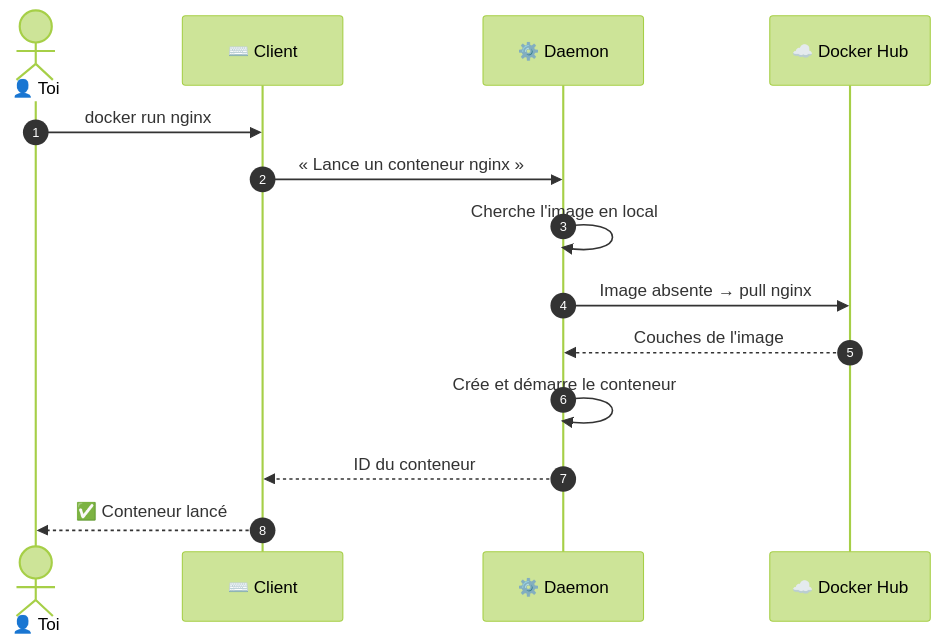
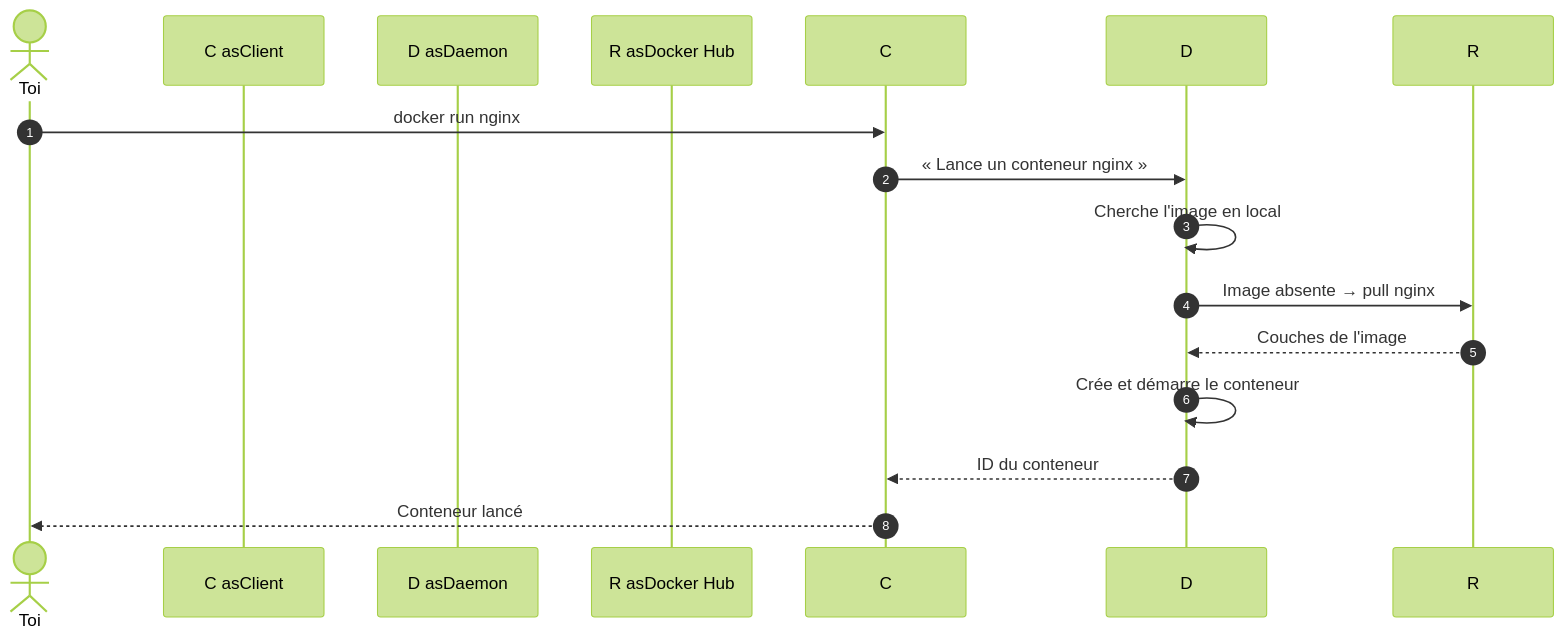
Before and after one commit to GoobyWoobies/HEIA-IT: the second of 3 diagrams in methodologie-securite-it/docker/02-architecture.md, drawn with Mermaid (forest theme). The commit also changed other lines of this file and 24 other files, not shown here.

````diff
--- a/methodologie-securite-it/docker/02-architecture.md
+++ b/methodologie-securite-it/docker/02-architecture.md
@@ -115,17 +115,17 @@
 ```mermaid
 sequenceDiagram
     autonumber
-    actor U as 👤 Toi
-    participant C as ⌨️ Client
-    participant D as ⚙️ Daemon
-    participant R as ☁️ Docker Hub
+    actor U as Toi
+    participant C asClient
+    participant D asDaemon
+    participant R asDocker Hub
 
     U->>C: docker run nginx
     C->>D: « Lance un conteneur nginx »
     D->>D: Cherche l'image en local
     D->>R: Image absente → pull nginx
     R-->>D: Couches de l'image
     D->>D: Crée et démarre le conteneur
     D-->>C: ID du conteneur
-    C-->>U: ✅ Conteneur lancé
+    C-->>U: Conteneur lancé
 ```
````
